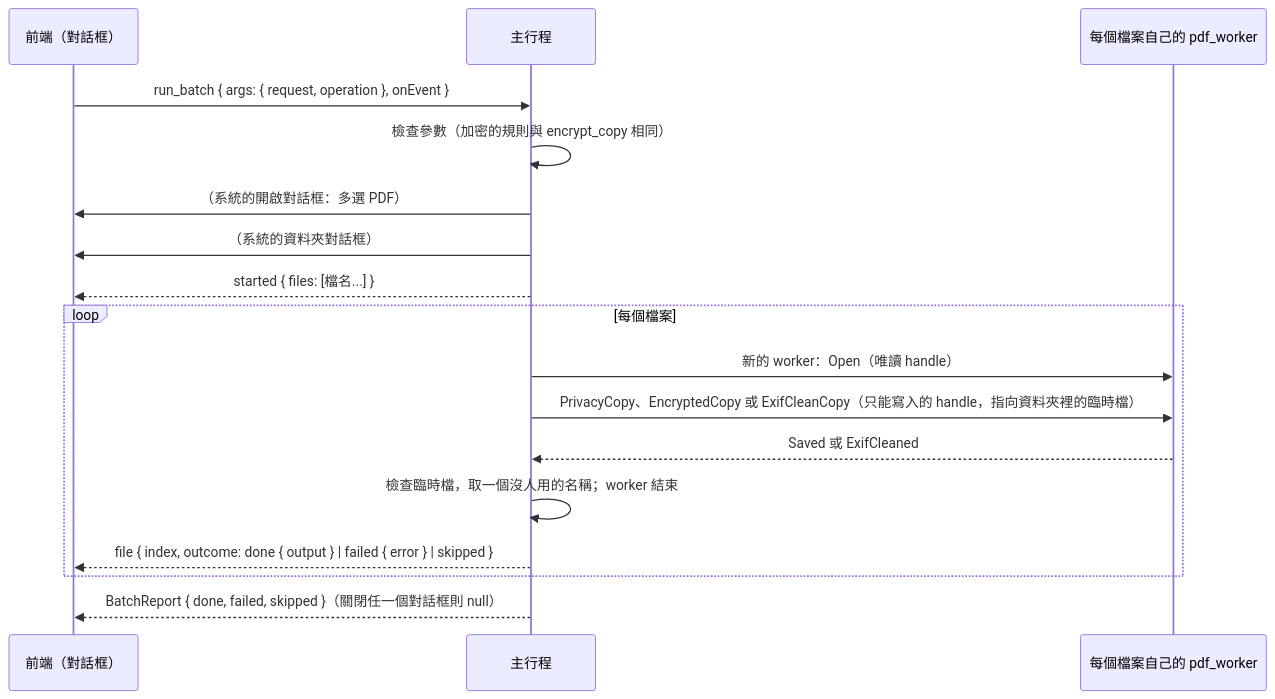
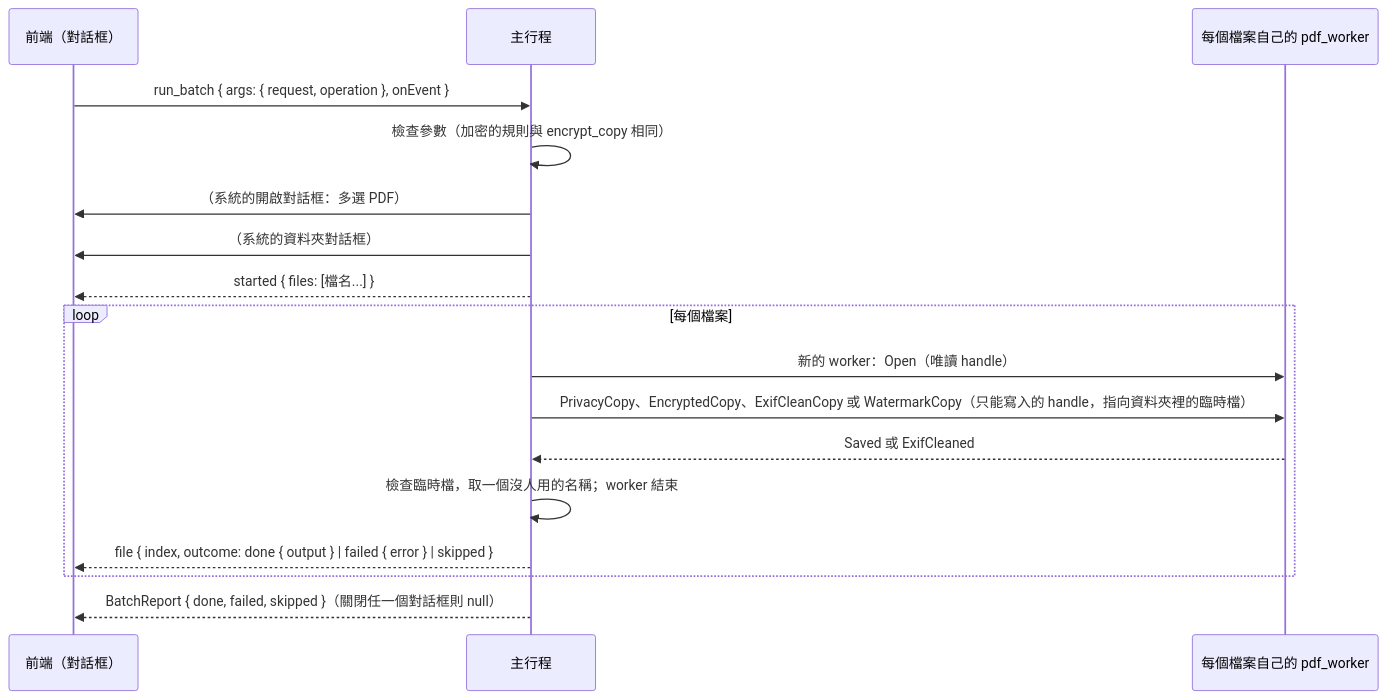
Before and after one commit to winner0988/Pdf-reader: the diagram in docs/architecture/batch.md, drawn with Mermaid. The commit also changed other lines of this file and 6 other files, not shown here.

Commit message:
fix(batch): address review feedback on watermark copy verification, UI note, and docs

````diff
--- a/docs/architecture/batch.md
+++ b/docs/architecture/batch.md
@@ -66,19 +59,19 @@
 ```mermaid
 sequenceDiagram
   participant F as 前端（對話框）
   participant M as 主行程
   participant W as 每個檔案自己的 pdf_worker
   F->>M: run_batch { args: { request, operation }, onEvent }
   M->>M: 檢查參數（加密的規則與 encrypt_copy 相同）
   M->>F: （系統的開啟對話框：多選 PDF）
   M->>F: （系統的資料夾對話框）
   M-->>F: started { files: [檔名...] }
   loop 每個檔案
     M->>W: 新的 worker：Open（唯讀 handle）
-    M->>W: PrivacyCopy、EncryptedCopy 或 ExifCleanCopy（只能寫入的 handle，指向資料夾裡的臨時檔）
+    M->>W: PrivacyCopy、EncryptedCopy、ExifCleanCopy 或 WatermarkCopy（只能寫入的 handle，指向資料夾裡的臨時檔）
     W-->>M: Saved 或 ExifCleaned
     M->>M: 檢查臨時檔，取一個沒人用的名稱；worker 結束
     M-->>F: file { index, outcome: done { output } | failed { error } | skipped }
   end
   M-->>F: BatchReport { done, failed, skipped }（關閉任一個對話框則 null）
 ```
````
